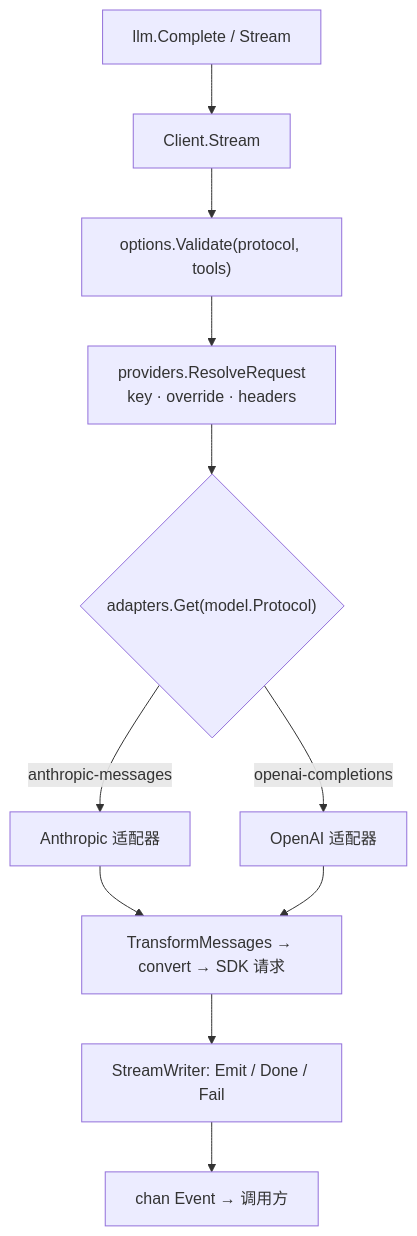
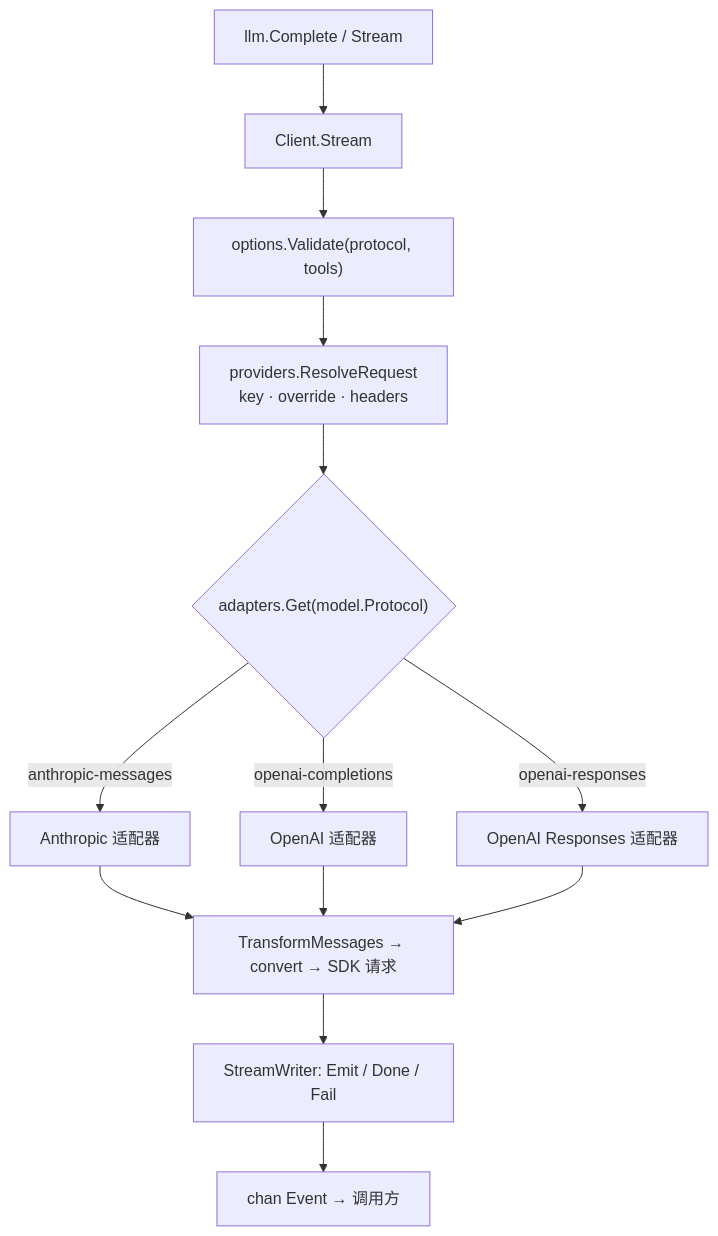
Before and after one commit to ktsoator/or: the second of 2 diagrams in docs/internals/overview.zh.md, drawn with Mermaid. The commit also changed other lines of this file and 77 other files, not shown here.

First line of the commit message:
feat(llm): add OpenAI Responses adapter (#133)

````diff
--- a/docs/internals/overview.zh.md
+++ b/docs/internals/overview.zh.md
@@ -53,13 +56,15 @@
 ```mermaid
 flowchart TD
     A["llm.Complete / Stream"] --> B["Client.Stream"]
     B --> V["options.Validate(protocol, tools)"]
     V --> RR["providers.ResolveRequest<br/>key · override · headers"]
     RR --> C{"adapters.Get(model.Protocol)"}
     C -->|anthropic-messages| D["Anthropic 适配器"]
     C -->|openai-completions| E["OpenAI 适配器"]
+    C -->|openai-responses| F["OpenAI Responses 适配器"]
     D --> T["TransformMessages → convert → SDK 请求"]
     E --> T
+    F --> T
     T --> G["StreamWriter: Emit / Done / Fail"]
     G --> H["chan Event → 调用方"]
 ```
````
